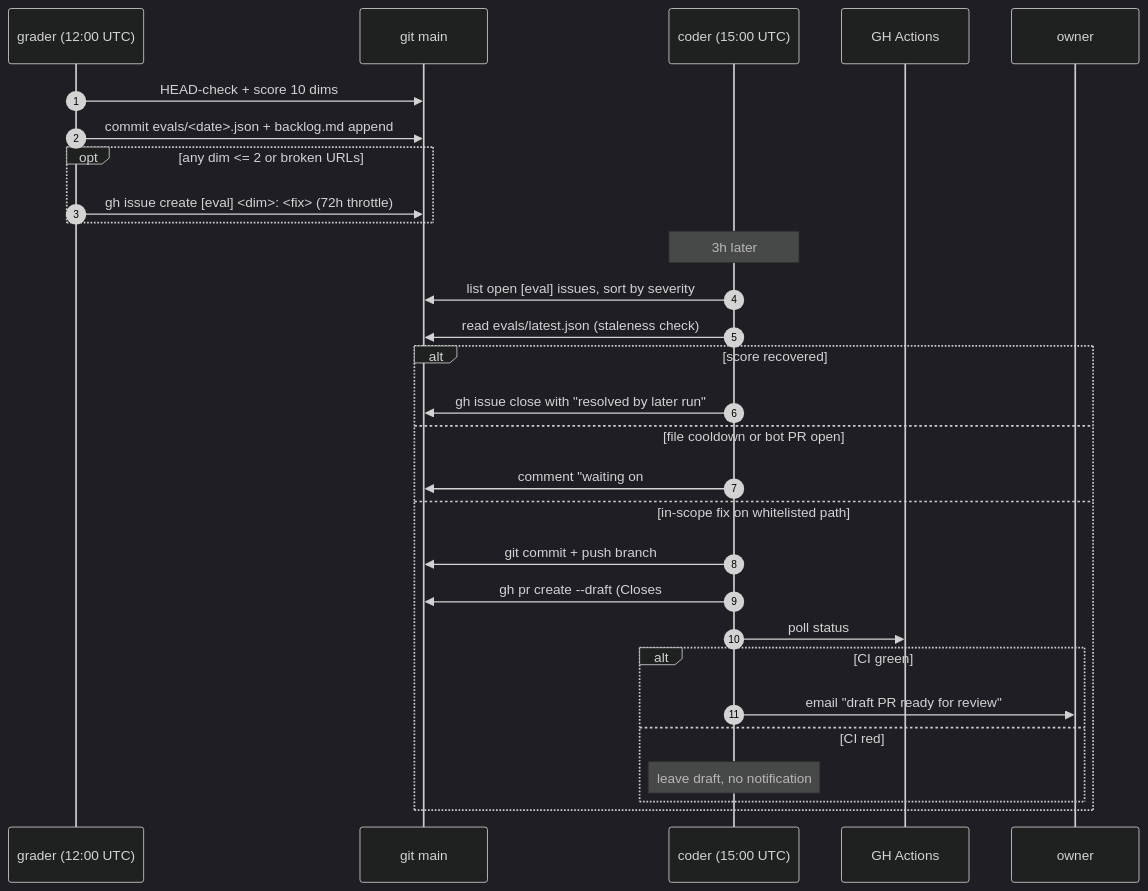
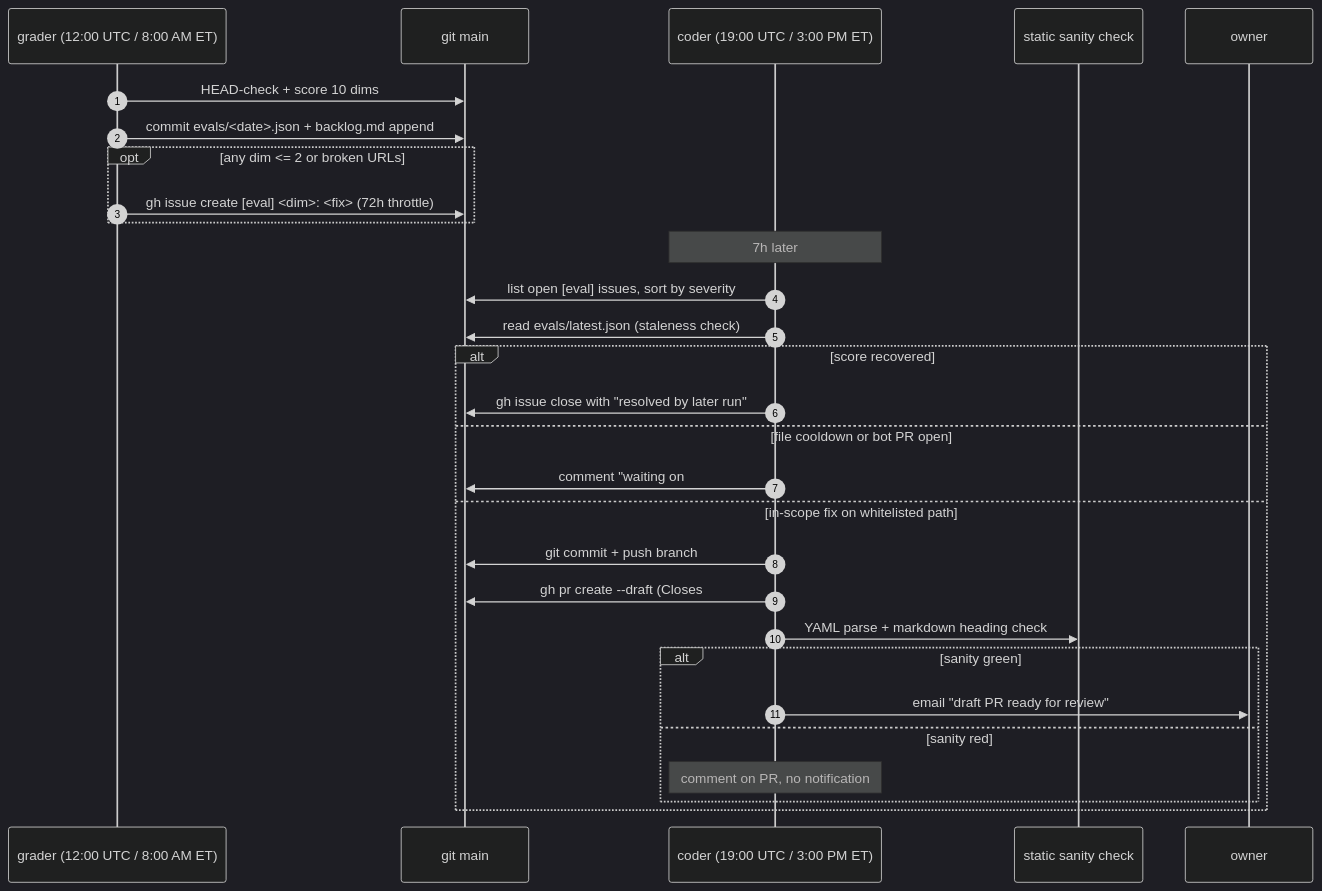
One commit to amaljithkuttamath/ai-radar changed the diagram in docs/self-healing.md. Above: the diagram before and after it, drawn with Mermaid (dark theme). The commit also changed other lines of this file and 6 other files, not shown here.

````diff
--- a/docs/self-healing.md
+++ b/docs/self-healing.md
@@ -5,33 +5,33 @@
 ```mermaid
 sequenceDiagram
   autonumber
-  participant Grader as grader (12:00 UTC)
+  participant Grader as grader (12:00 UTC / 8:00 AM ET)
   participant Repo as git main
-  participant Coder as coder (15:00 UTC)
-  participant CI as GH Actions
+  participant Coder as coder (19:00 UTC / 3:00 PM ET)
+  participant Check as static sanity check
   participant You as owner
 
   Grader->>Repo: HEAD-check + score 10 dims
   Grader->>Repo: commit evals/<date>.json + backlog.md append
   opt any dim <= 2 or broken URLs
     Grader->>Repo: gh issue create [eval] <dim>: <fix> (72h throttle)
   end
 
-  Note over Coder: 3h later
+  Note over Coder: 7h later
   Coder->>Repo: list open [eval] issues, sort by severity
   Coder->>Repo: read evals/latest.json (staleness check)
   alt score recovered
     Coder->>Repo: gh issue close with "resolved by later run"
   else file cooldown or bot PR open
     Coder->>Repo: comment "waiting on #N" and exit
   else in-scope fix on whitelisted path
     Coder->>Repo: git commit + push branch
     Coder->>Repo: gh pr create --draft (Closes #issue, label: auto-improve)
-    Coder->>CI: poll status
-    alt CI green
+    Coder->>Check: YAML parse + markdown heading check
+    alt sanity green
       Coder->>You: email "draft PR ready for review"
-    else CI red
-      Note over Coder: leave draft, no notification
+    else sanity red
+      Note over Coder: comment on PR, no notification
     end
   end
 ```
````
